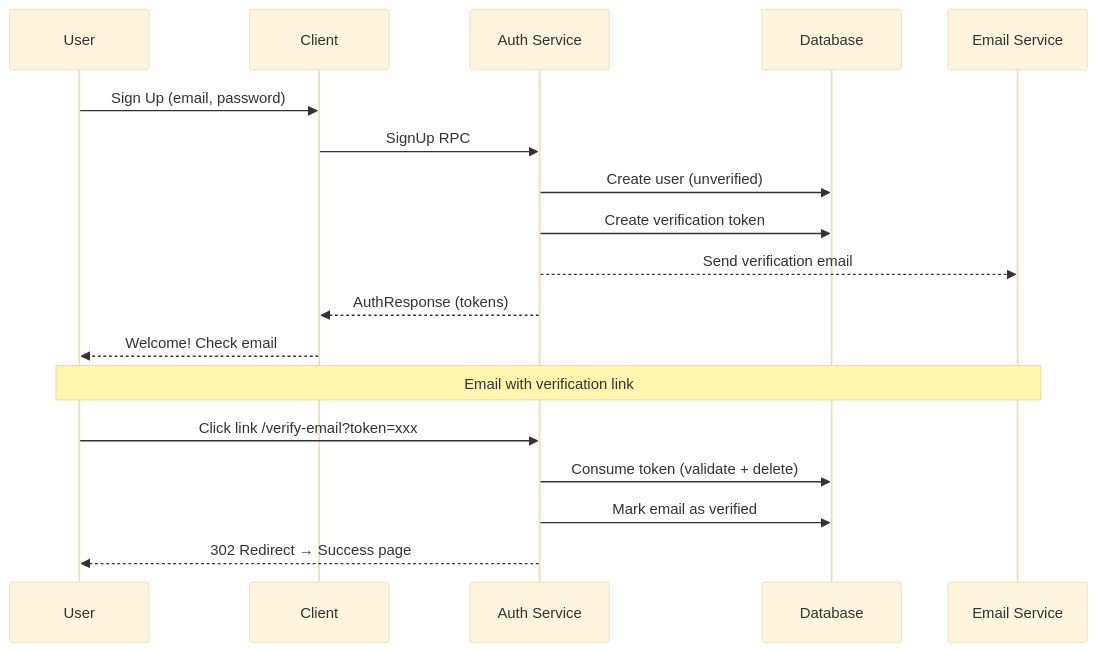
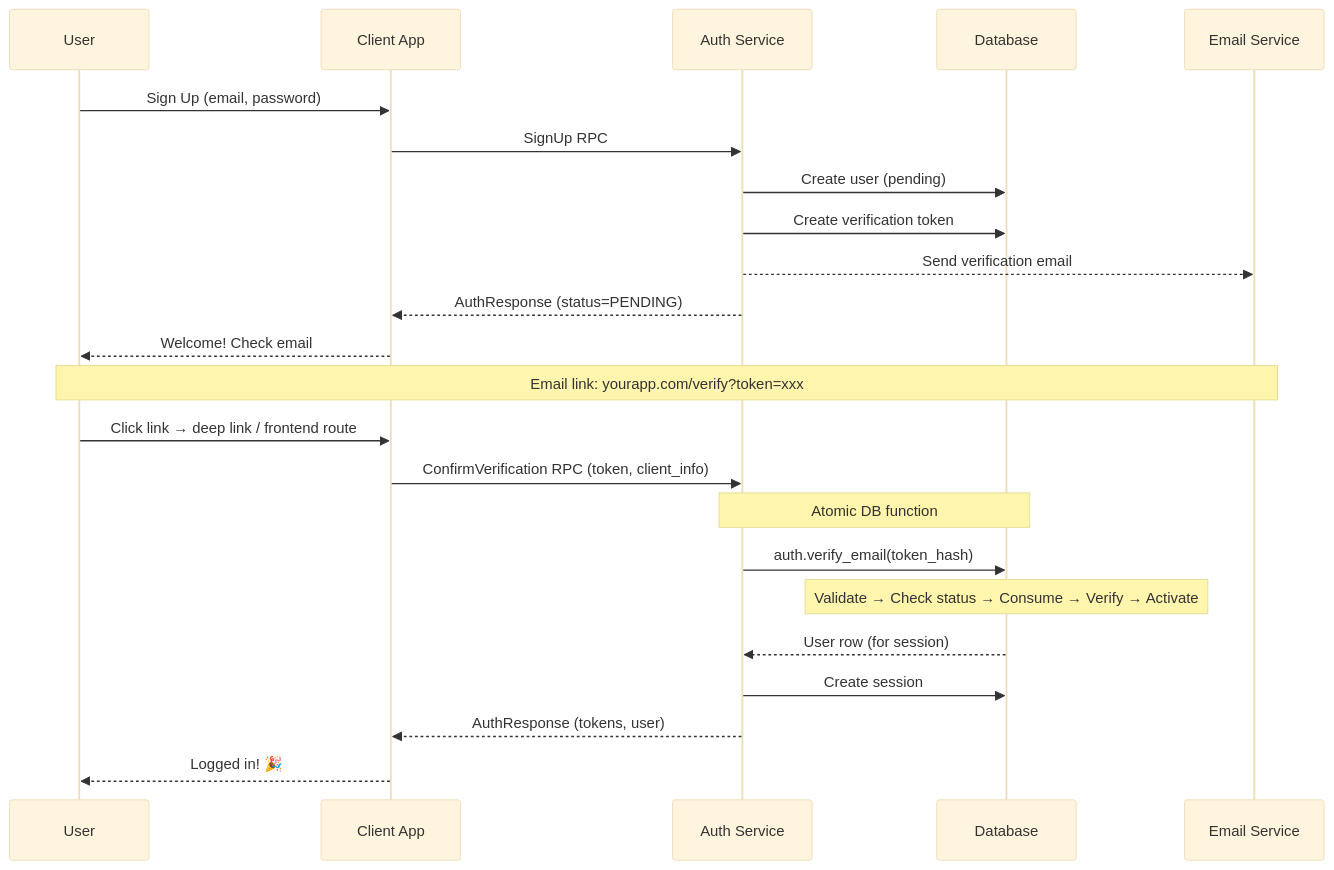
One commit to zs-dima/auth-service-rs changed the first of 4 diagrams in README.md. Above: the diagram before and after it, drawn with Mermaid (base theme). The commit also changed other lines of this file and 9 other files, not shown here.

Commit message:
Implement atomic email verification with auto-login

````diff
--- a/README.md
+++ b/README.md
@@ -138,23 +148,28 @@
 ```mermaid
 sequenceDiagram
     participant U as User
-    participant C as Client
+    participant C as Client App
     participant S as Auth Service
     participant DB as Database
     participant E as Email Service
 
     U->>C: Sign Up (email, password)
     C->>S: SignUp RPC
-    S->>DB: Create user (unverified)
+    S->>DB: Create user (pending)
     S->>DB: Create verification token
     S-->>E: Send verification email
-    S-->>C: AuthResponse (tokens)
+    S-->>C: AuthResponse (status=PENDING)
     C-->>U: Welcome! Check email
 
-    Note over E,U: Email with verification link
+    Note over E,U: Email link: yourapp.com/verify?token=xxx
 
-    U->>S: Click link /verify-email?token=xxx
-    S->>DB: Consume token (validate + delete)
-    S->>DB: Mark email as verified
-    S-->>U: 302 Redirect → Success page
+    U->>C: Click link → deep link / frontend route
+    C->>S: ConfirmVerification RPC (token, client_info)
+    Note over S,DB: Atomic DB function
+    S->>DB: auth.verify_email(token_hash)
+    Note over DB: Validate → Check status → Consume → Verify → Activate
+    DB-->>S: User row (for session)
+    S->>DB: Create session
+    S-->>C: AuthResponse (tokens, user)
+    C-->>U: Logged in! 🎉
 ```
````
